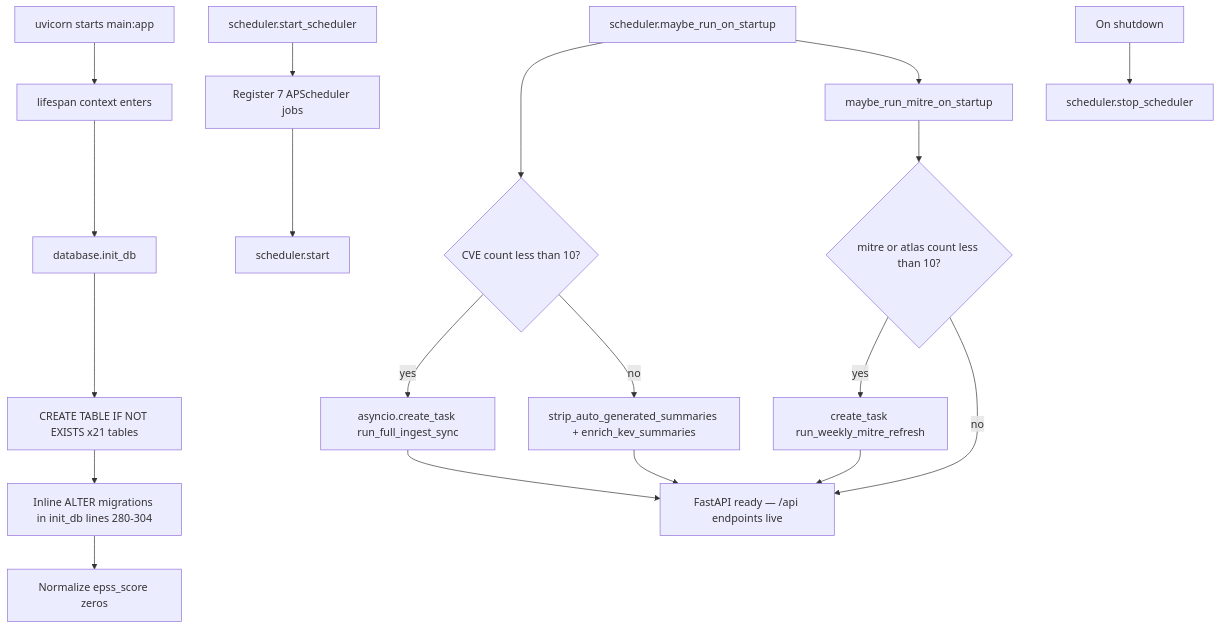
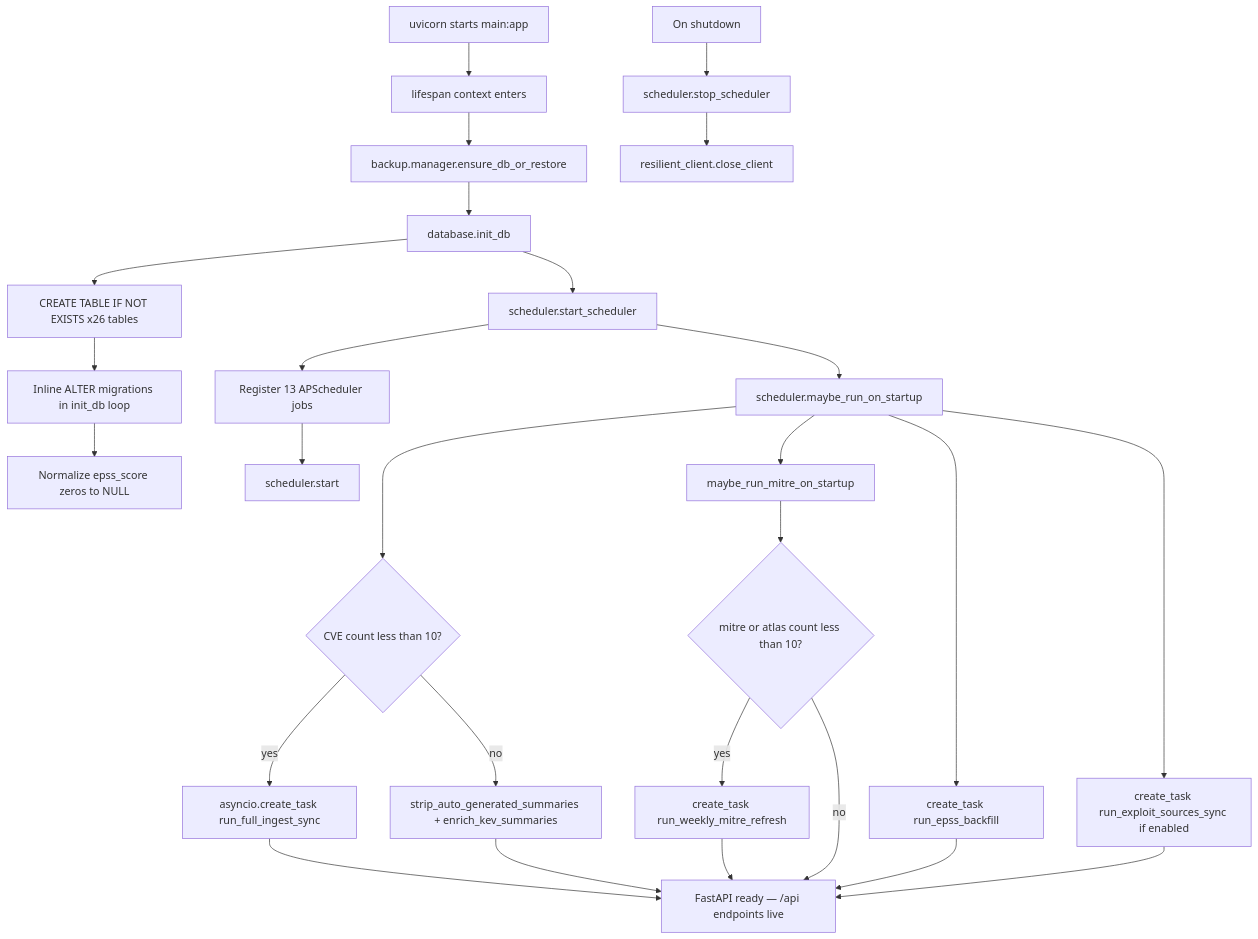
Before and after one commit to Soldier0x0/briefr: the diagram in docs/diagrams/startup.mermaid, drawn with Mermaid. The commit also changed 6 other files, not shown here.

```diff
--- a/docs/diagrams/startup.mermaid
+++ b/docs/diagrams/startup.mermaid
@@ -1,19 +1,27 @@
 flowchart TD
   A[uvicorn starts main:app] --> B[lifespan context enters]
-  B --> C[database.init_db]
-  C --> C1[CREATE TABLE IF NOT EXISTS x21 tables]
-  C1 --> C2[Inline ALTER migrations in init_db lines 280-304]
-  C2 --> C3[Normalize epss_score zeros]
-  D[scheduler.start_scheduler] --> D1[Register 7 APScheduler jobs]
-  D1 --> D2[scheduler.start]
-  E[scheduler.maybe_run_on_startup] --> E1{CVE count less than 10?}
-  E1 -->|yes| E2[asyncio.create_task run_full_ingest_sync]
-  E1 -->|no| E3[strip_auto_generated_summaries + enrich_kev_summaries]
-  E --> F[maybe_run_mitre_on_startup]
-  F --> F1{mitre or atlas count less than 10?}
-  F1 -->|yes| F2[create_task run_weekly_mitre_refresh]
-  F1 -->|no| G[FastAPI ready — /api endpoints live]
-  E2 --> G
-  E3 --> G
-  F2 --> G
-  H[On shutdown] --> H1[scheduler.stop_scheduler]
+  B --> C[backup.manager.ensure_db_or_restore]
+  C --> D[database.init_db]
+  D --> D1[CREATE TABLE IF NOT EXISTS x26 tables]
+  D1 --> D2[Inline ALTER migrations in init_db loop]
+  D2 --> D3[Normalize epss_score zeros to NULL]
+  D --> E[scheduler.start_scheduler]
+  E --> E1[Register 13 APScheduler jobs]
+  E1 --> E2[scheduler.start]
+  E --> F[scheduler.maybe_run_on_startup]
+  F --> F1{CVE count less than 10?}
+  F1 -->|yes| F2[asyncio.create_task run_full_ingest_sync]
+  F1 -->|no| F3[strip_auto_generated_summaries + enrich_kev_summaries]
+  F --> G[maybe_run_mitre_on_startup]
+  G --> G1{mitre or atlas count less than 10?}
+  G1 -->|yes| G2[create_task run_weekly_mitre_refresh]
+  F --> H[create_task run_epss_backfill]
+  F --> I[create_task run_exploit_sources_sync if enabled]
+  G2 --> J[FastAPI ready — /api endpoints live]
+  F2 --> J
+  F3 --> J
+  G1 -->|no| J
+  H --> J
+  I --> J
+  K[On shutdown] --> K1[scheduler.stop_scheduler]
+  K1 --> K2[resilient_client.close_client]
```
